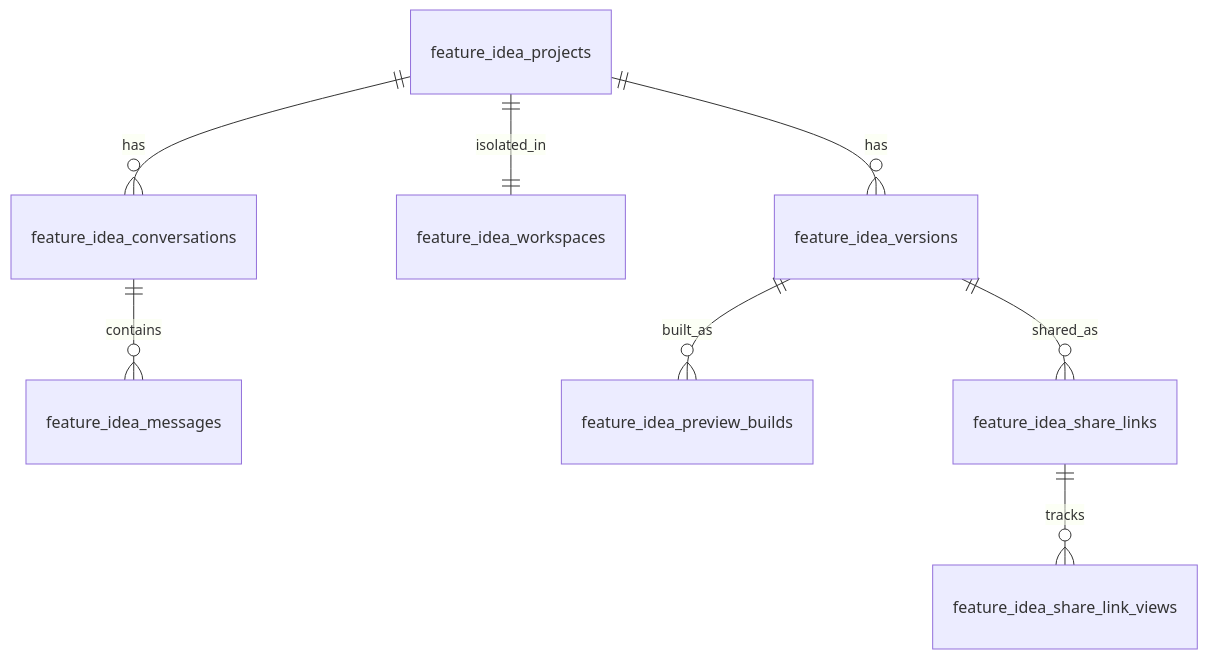
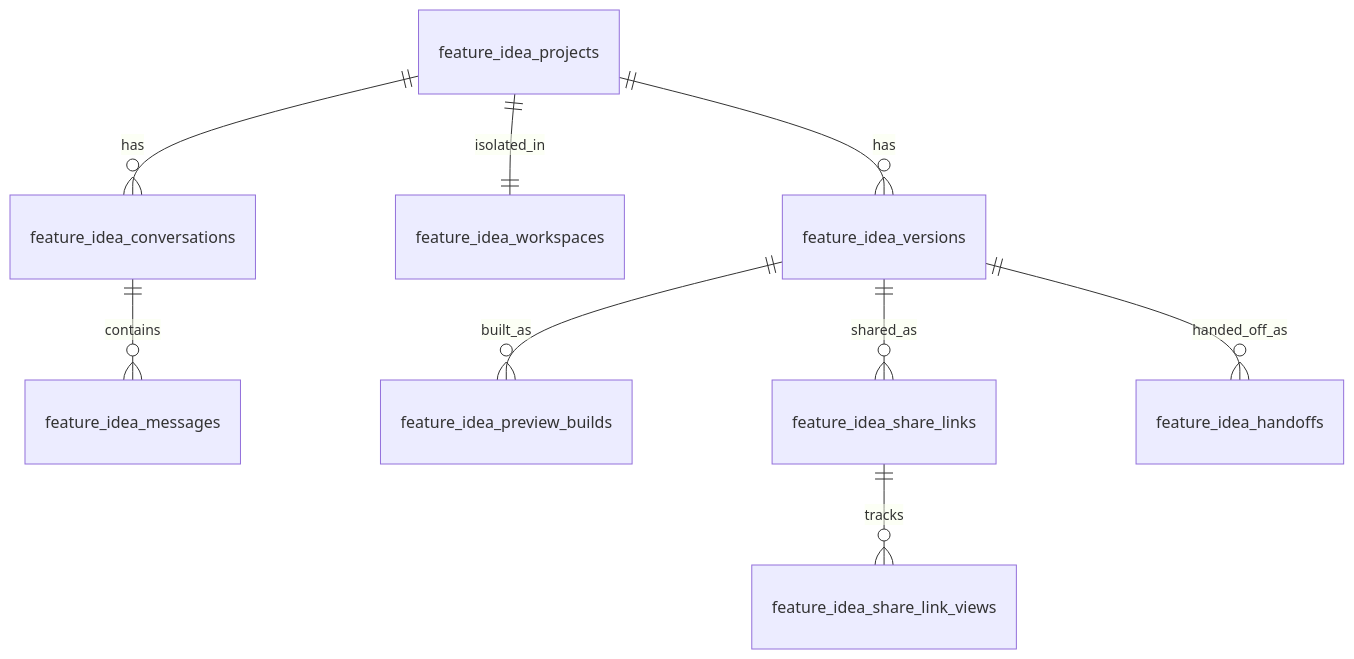
Before and after one commit to daodaoedu/daodao: the first of 4 diagrams in openspec/changes/add-feature-ideation-studio/design.md, drawn with Mermaid. The commit also changed other lines of this file and 4 other files, not shown here.

````diff
--- a/openspec/changes/add-feature-ideation-studio/design.md
+++ b/openspec/changes/add-feature-ideation-studio/design.md
@@ -92,10 +107,11 @@
 ```mermaid
 erDiagram
   feature_idea_projects ||--o{ feature_idea_conversations : has
   feature_idea_projects ||--|| feature_idea_workspaces : isolated_in
   feature_idea_projects ||--o{ feature_idea_versions : has
   feature_idea_conversations ||--o{ feature_idea_messages : contains
   feature_idea_versions ||--o{ feature_idea_preview_builds : built_as
   feature_idea_versions ||--o{ feature_idea_share_links : shared_as
+  feature_idea_versions ||--o{ feature_idea_handoffs : handed_off_as
   feature_idea_share_links ||--o{ feature_idea_share_link_views : tracks
 ```
````
